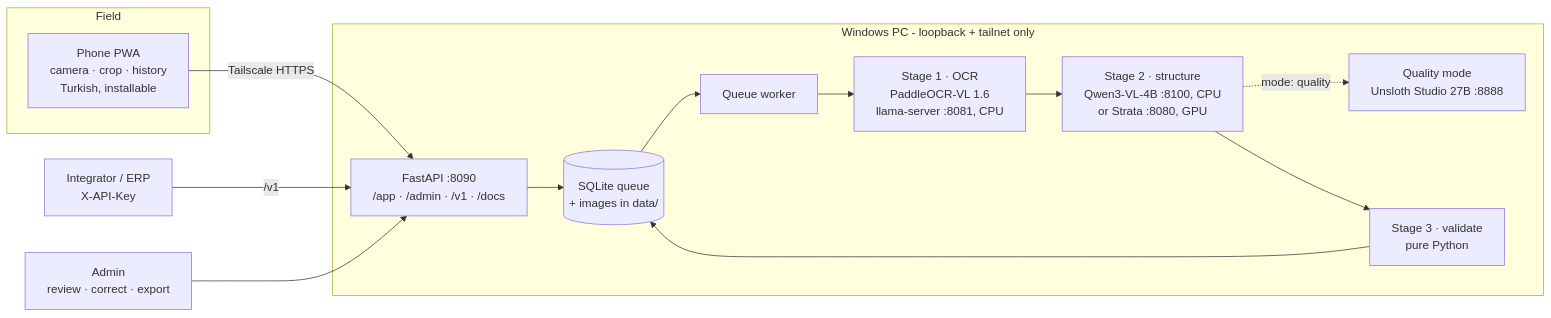
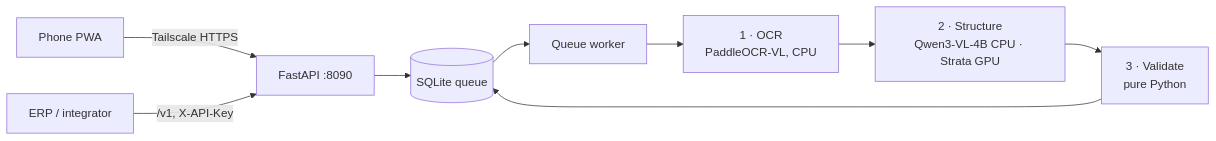
One commit to mahmuterenakkaymak/Okur changed the diagram in README.md. Above: the diagram before and after it, drawn with Mermaid. The commit also changed other lines of this file and 6 other files, not shown here.

````diff
--- a/README.md
+++ b/README.md
@@ -93,23 +36,7 @@
 ```mermaid
 flowchart LR
-    subgraph field[Field]
-        P[Phone PWA<br/>camera · crop · history<br/>Turkish, installable]
-    end
-    subgraph pc[Windows PC - loopback + tailnet only]
-        A[FastAPI :8090<br/>/app · /admin · /v1 · /docs]
-        Q[(SQLite queue<br/>+ images in data/)]
-        W[Queue worker]
-        O[Stage 1 · OCR<br/>PaddleOCR-VL 1.6<br/>llama-server :8081, CPU]
-        S[Stage 2 · structure<br/>Qwen3-VL-4B :8100, CPU<br/>or Strata :8080, GPU]
-        U[Quality mode<br/>Unsloth Studio 27B :8888]
-        V[Stage 3 · validate<br/>pure Python]
-    end
-    I[Integrator / ERP<br/>X-API-Key]
-    ADM[Admin<br/>review · correct · export]
-    P -->|Tailscale HTTPS| A
-    I -->|/v1| A
-    ADM --> A
-    A --> Q --> W
-    W --> O --> S --> V --> Q
-    S -.->|mode: quality| U
+    P[Phone PWA] -->|Tailscale HTTPS| A[FastAPI :8090]
+    I[ERP / integrator] -->|/v1, X-API-Key| A
+    A --> Q[(SQLite queue)] --> W[Queue worker]
+    W --> O[1 · OCR<br/>PaddleOCR-VL, CPU] --> S[2 · Structure<br/>Qwen3-VL-4B CPU · Strata GPU] --> V[3 · Validate<br/>pure Python] --> Q
 ```
````
